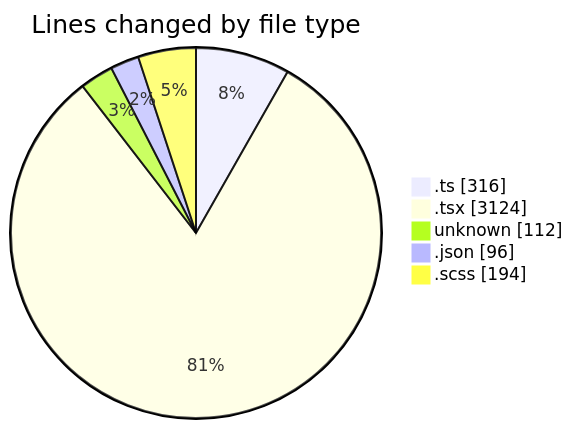
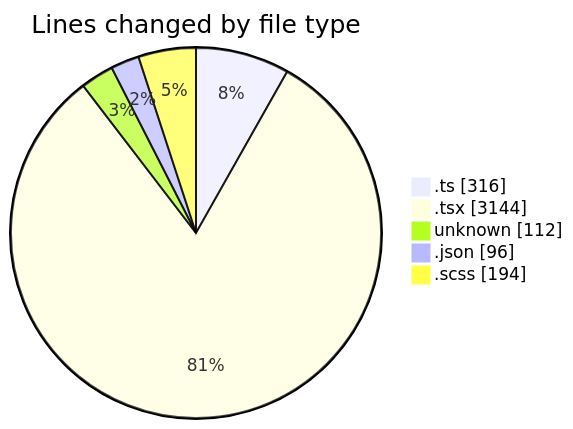
One commit to momahboobian/code-tracking changed the first of 2 diagrams in 2026-04-29/cda/README.md. Above: the diagram before and after it, drawn with Mermaid. The commit also changed other lines of this file and 1 other file, not shown here.

````diff
--- a/2026-04-29/cda/README.md
+++ b/2026-04-29/cda/README.md
@@ -52,9 +52,9 @@
 ```mermaid
 pie showData
 title Lines changed by file type
 ".ts" : 316
-".tsx" : 3124
+".tsx" : 3144
 "unknown" : 112
 ".json" : 96
 ".scss" : 194
 ```
````
